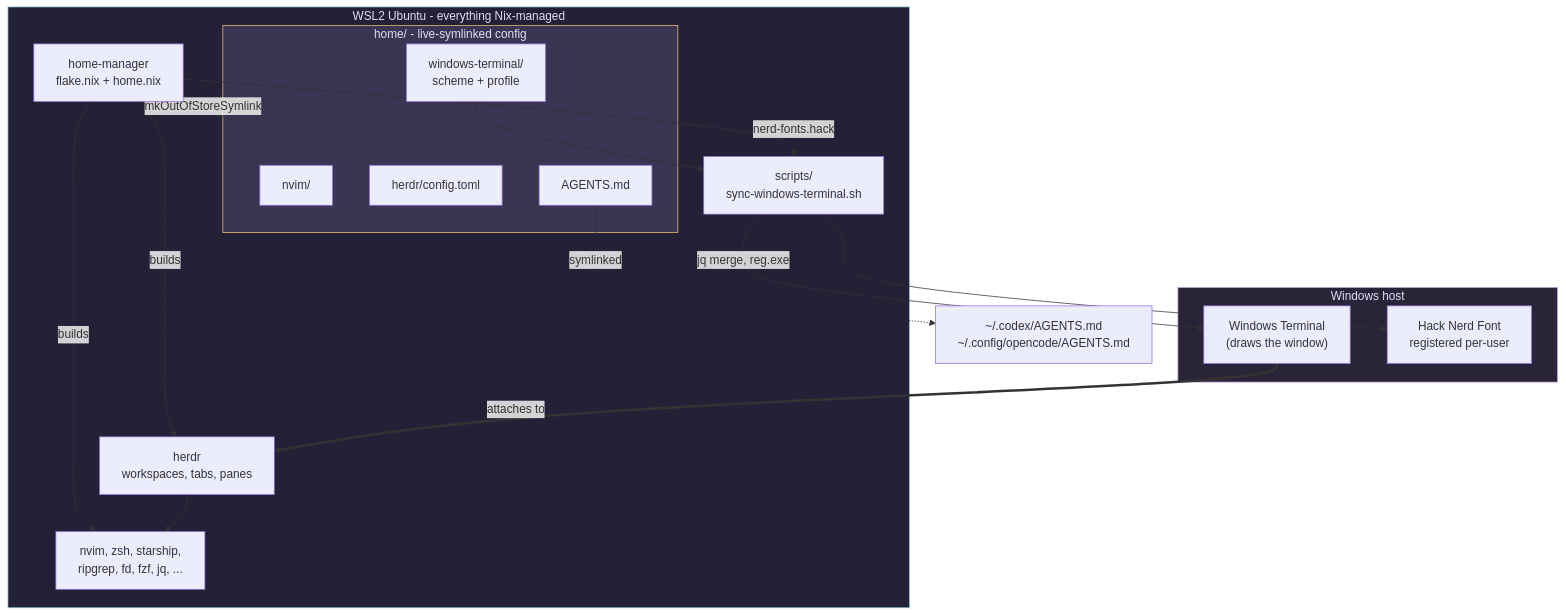
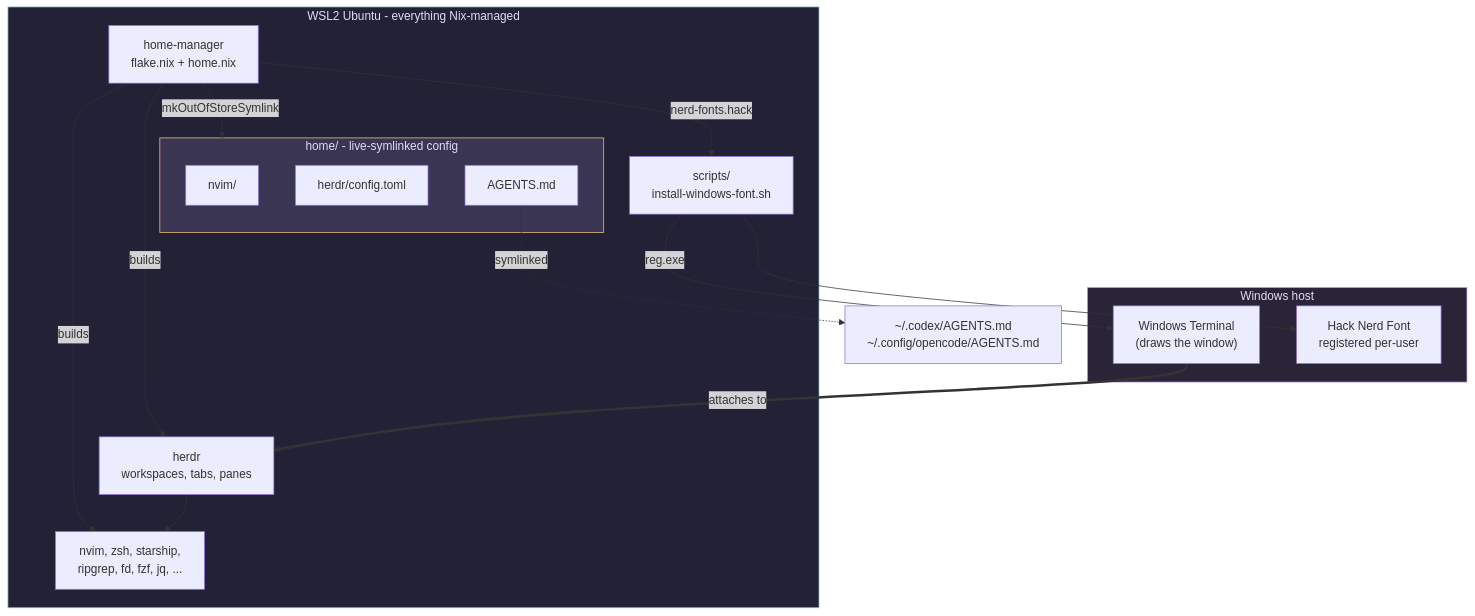
One commit to haotieu2001/dotfiles-wsl changed the diagram in README.md. Above: the diagram before and after it, drawn with Mermaid. The commit also changed other lines of this file and 14 other files, not shown here.

First line of the commit message:
Stop writing Windows Terminal settings; install the font only

````diff
--- a/README.md
+++ b/README.md
@@ -47,35 +47,33 @@
 ```mermaid
 flowchart TB
     subgraph WIN["Windows host"]
         WT["Windows Terminal<br/>(draws the window)"]
         FONT["Hack Nerd Font<br/>registered per-user"]
     end
 
     subgraph WSL["WSL2 Ubuntu - everything Nix-managed"]
         HM["home-manager<br/>flake.nix + home.nix"]
         HERDR["herdr<br/>workspaces, tabs, panes"]
         BIN["nvim, zsh, starship,<br/>ripgrep, fd, fzf, jq, ..."]
         subgraph CFG["home/ - live-symlinked config"]
             NVIM["nvim/"]
             HCFG["herdr/config.toml"]
             AG["AGENTS.md"]
-            WTC["windows-terminal/<br/>scheme + profile"]
         end
-        SYNC["scripts/<br/>sync-windows-terminal.sh"]
+        SYNC["scripts/<br/>install-windows-font.sh"]
     end
 
     HM -->|builds| BIN
     HM -->|builds| HERDR
     HM -->|mkOutOfStoreSymlink| CFG
     HM -->|"nerd-fonts.hack"| SYNC
-    WTC --> SYNC
-    SYNC -->|"jq merge, reg.exe"| WT
+    SYNC -->|"reg.exe"| WT
     SYNC --> FONT
     WT ==>|attaches to| HERDR
     HERDR --> BIN
     AG -.->|symlinked| AGENTS["~/.codex/AGENTS.md<br/>~/.config/opencode/AGENTS.md"]
 
     style WIN fill:#2a2438,stroke:#c4a7e7,color:#e0def4
     style WSL fill:#232136,stroke:#9ccfd8,color:#e0def4
     style CFG fill:#393552,stroke:#f6c177,color:#e0def4
 ```
````
